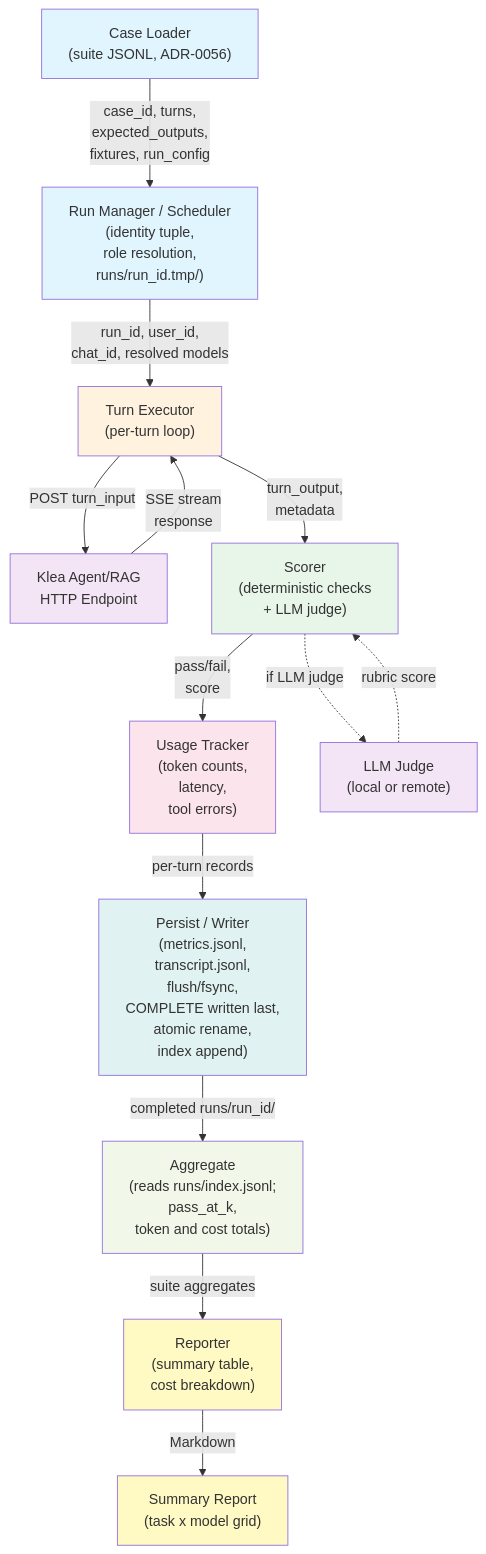
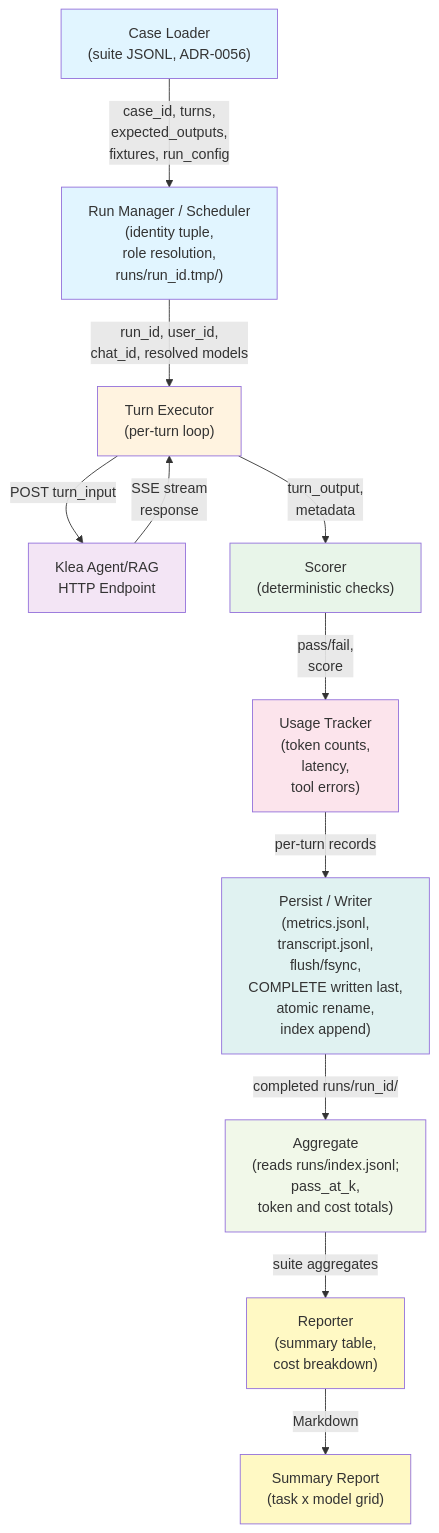
The first of 2 diagrams in devdocs/system/agent-evaluation-harness.md (NeuroML/klea), drawn with Mermaid before and after one commit. The commit also changed other lines of this file and 10 other files, not shown here.

````diff
--- a/devdocs/system/agent-evaluation-harness.md
+++ b/devdocs/system/agent-evaluation-harness.md
@@ -253,36 +253,32 @@
 ```mermaid
 graph TD
     A["Case Loader<br/>(suite JSONL, ADR-0056)"] -->|case_id, turns,<br/>expected_outputs,<br/>fixtures, run_config| B["Run Manager / Scheduler<br/>(identity tuple,<br/>role resolution,<br/>runs/run_id.tmp/)"]
 
     B -->|run_id, user_id,<br/>chat_id, resolved models| C["Turn Executor<br/>(per-turn loop)"]
 
     C -->|POST turn_input| D["Klea Agent/RAG<br/>HTTP Endpoint"]
     D -->|SSE stream<br/>response| C
 
-    C -->|turn_output,<br/>metadata| E["Scorer<br/>(deterministic checks<br/>+ LLM judge)"]
+    C -->|turn_output,<br/>metadata| E["Scorer<br/>(deterministic checks)"]
 
     E -->|pass/fail,<br/>score| F["Usage Tracker<br/>(token counts,<br/>latency,<br/>tool errors)"]
 
     F -->|per-turn records| G["Persist / Writer<br/>(metrics.jsonl,<br/>transcript.jsonl,<br/>flush/fsync,<br/>COMPLETE written last,<br/>atomic rename,<br/>index append)"]
 
     G -->|completed runs/run_id/| H["Aggregate<br/>(reads runs/index.jsonl;<br/>pass_at_k,<br/>token and cost totals)"]
 
     H -->|suite aggregates| J["Reporter<br/>(summary table,<br/>cost breakdown)"]
 
     J -->|Markdown| M["Summary Report<br/>(task x model grid)"]
 
-    E -.->|if LLM judge| K["LLM Judge<br/>(local or remote)"]
-    K -.->|rubric score| E
-
     style A fill:#e1f5ff
     style B fill:#e1f5ff
     style C fill:#fff3e0
     style D fill:#f3e5f5
     style E fill:#e8f5e9
     style F fill:#fce4ec
     style G fill:#e0f2f1
     style H fill:#f1f8e9
     style J fill:#fff9c4
-    style K fill:#f3e5f5
     style M fill:#fff9c4
 ```
````
